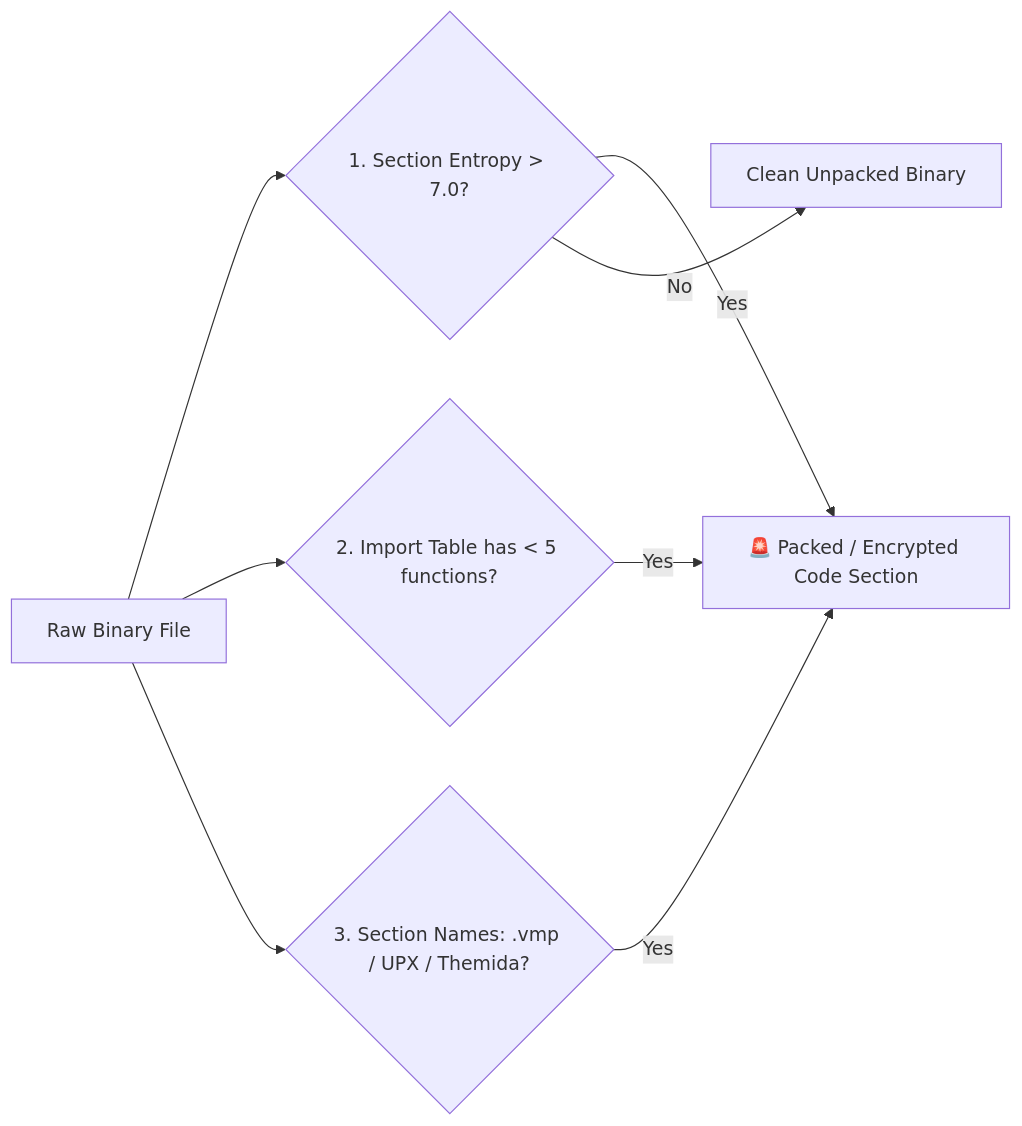
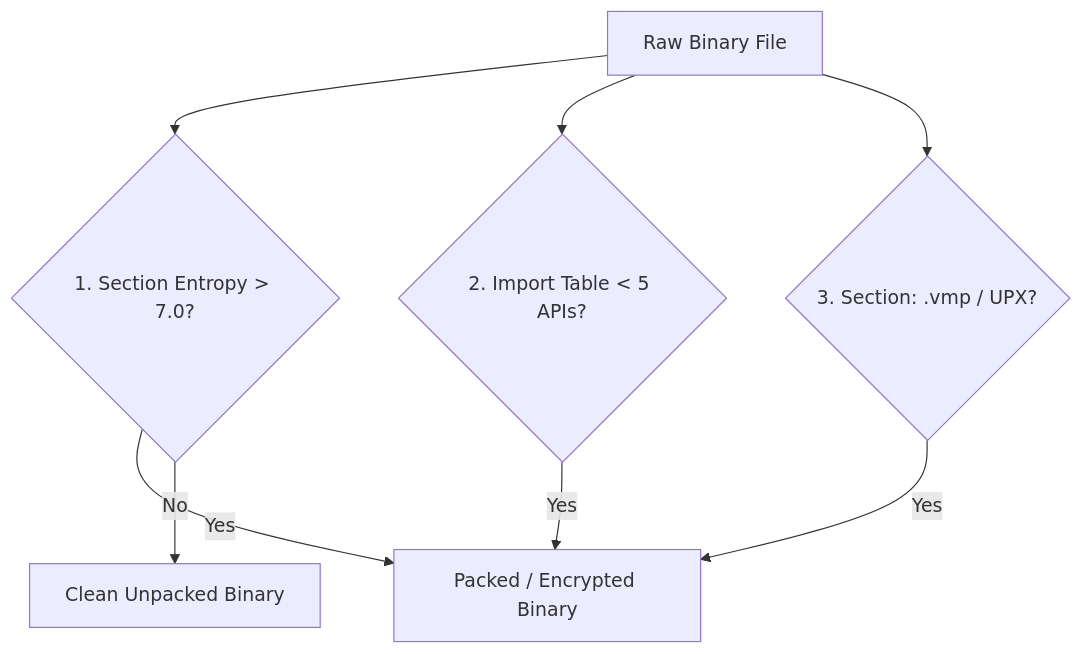
Before and after one commit to DaddyZyn/Cyber-security-notes: the second of 4 diagrams in topics/19-reverse-engineering-protections-and-mitigations/README.md, drawn with Mermaid. The commit also changed other lines of this file and 19 other files, not shown here.

Commit message:
fix: overhaul all Mermaid diagrams with clean vertical layouts and short line-wrapping to prevent GitHub clipping

````diff
--- a/topics/19-reverse-engineering-protections-and-mitigations/README.md
+++ b/topics/19-reverse-engineering-protections-and-mitigations/README.md
@@ -62,10 +61,10 @@
 ```mermaid
-flowchart LR
+flowchart TD
     A["Raw Binary File"] --> B{"1. Section Entropy > 7.0?"}
-    B -->|Yes| P["🚨 Packed / Encrypted Code Section"]
+    B -->|Yes| P["Packed / Encrypted Binary"]
     B -->|No| N["Clean Unpacked Binary"]
-    A --> C{"2. Import Table has < 5 functions?"}
+    A --> C{"2. Import Table < 5 APIs?"}
     C -->|Yes| P
-    A --> D{"3. Section Names: .vmp / UPX / Themida?"}
+    A --> D{"3. Section: .vmp / UPX?"}
     D -->|Yes| P
 ```
````
